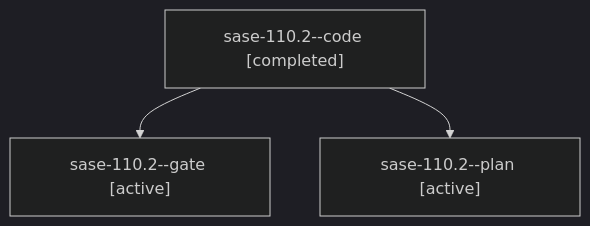
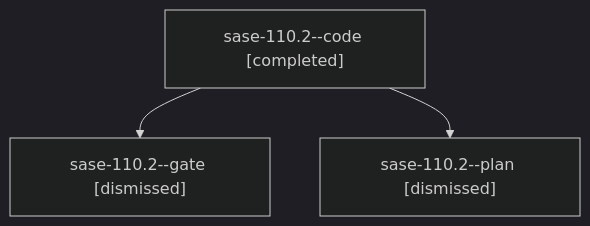
The diagram in sessions/bbugyi200.athena.sase-110.2.md (sase-org/sase--agents), drawn with Mermaid (dark theme) before and after one commit. The commit also changed other lines of this file and 104 other files, not shown here.

````diff
--- a/sessions/bbugyi200.athena.sase-110.2.md
+++ b/sessions/bbugyi200.athena.sase-110.2.md
@@ -9,8 +9,8 @@
 ```mermaid
 flowchart TD
   n0["sase-110.2--code [completed]"]
-  n1["sase-110.2--gate [active]"]
+  n1["sase-110.2--gate [dismissed]"]
   n0 --> n1
-  n2["sase-110.2--plan [active]"]
+  n2["sase-110.2--plan [dismissed]"]
   n0 --> n2
 ```
````
